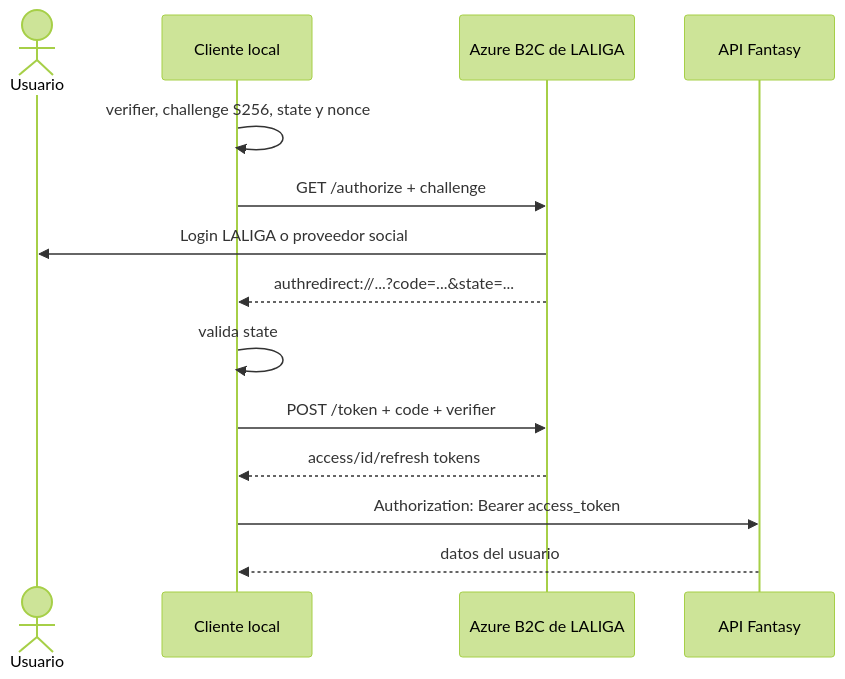
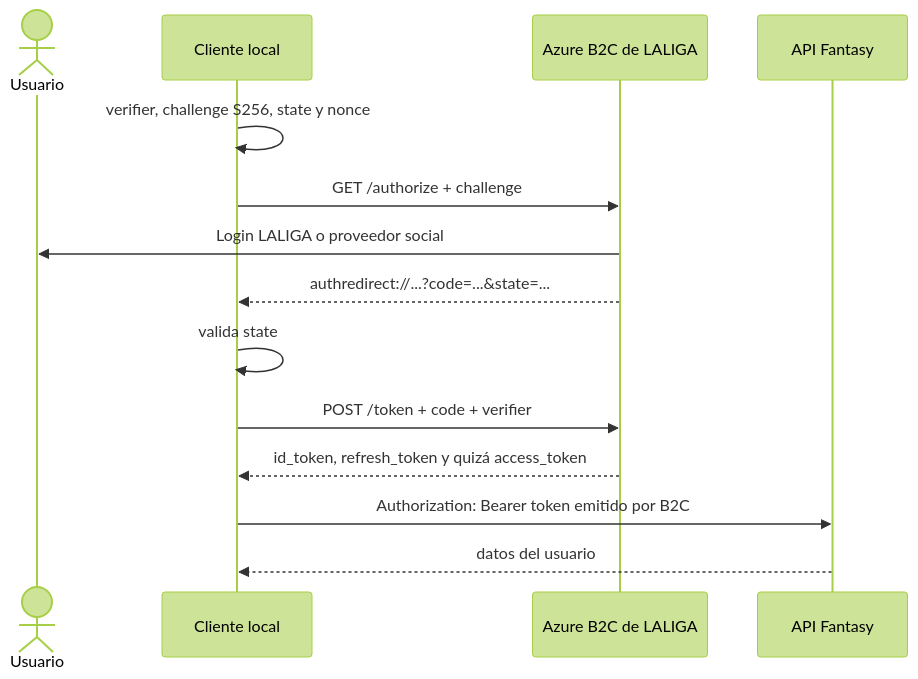
Before and after one commit to andreshere00/andreshere00: the diagram in LALIGA_FANTASY_API.md, drawn with Mermaid (forest theme). The commit also changed other lines of this file, not shown here.

````diff
--- a/LALIGA_FANTASY_API.md
+++ b/LALIGA_FANTASY_API.md
@@ -328,17 +332,17 @@
 ```mermaid
 sequenceDiagram
     actor U as Usuario
     participant C as Cliente local
     participant B as Azure B2C de LALIGA
     participant F as API Fantasy
 
     C->>C: verifier, challenge S256, state y nonce
     C->>B: GET /authorize + challenge
     B->>U: Login LALIGA o proveedor social
     B-->>C: authredirect://...?code=...&state=...
     C->>C: valida state
     C->>B: POST /token + code + verifier
-    B-->>C: access/id/refresh tokens
-    C->>F: Authorization: Bearer access_token
+    B-->>C: id_token, refresh_token y quizá access_token
+    C->>F: Authorization: Bearer token emitido por B2C
     F-->>C: datos del usuario
 ```
````
